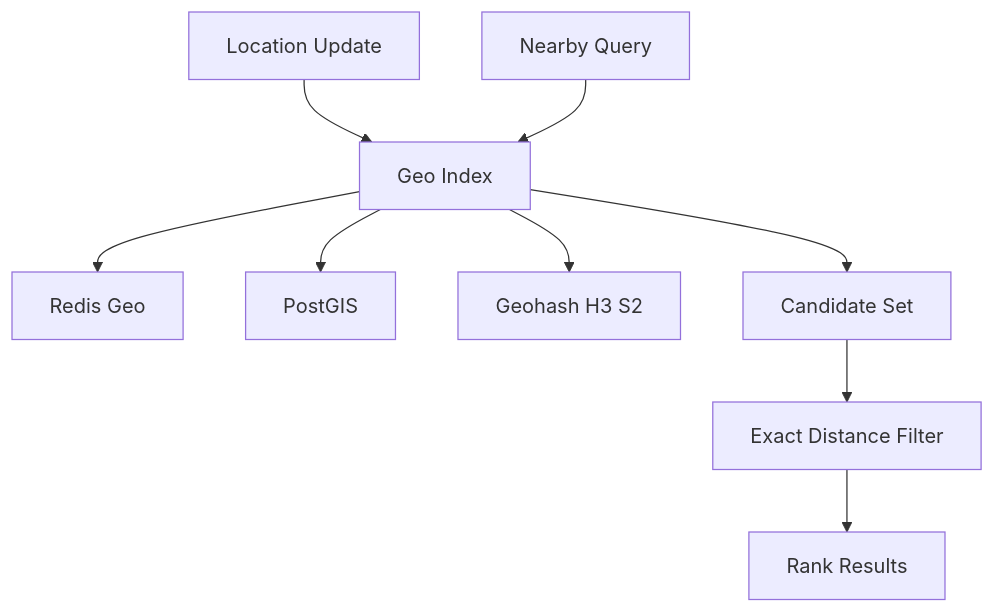
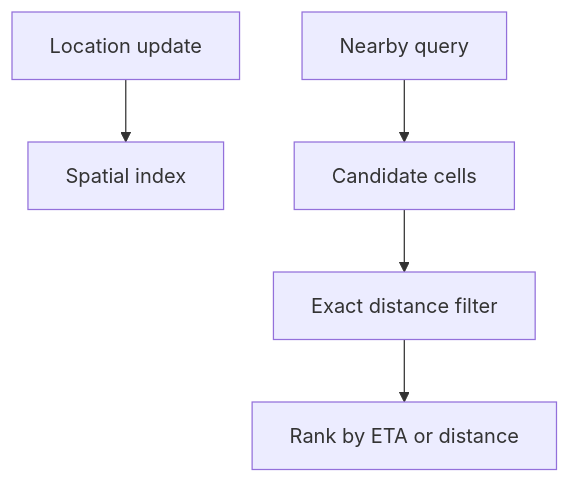
One commit to mthaiseer/springcloud-systemdesign-notes changed the ninth of 16 diagrams in HLD_NOTES/002_TYPES_OF_INTERVIEWS/000_All_types_quick_reference.md. Above: the diagram before and after it, drawn with Mermaid. The commit also changed other lines of this file and 1 other file, not shown here.

````diff
--- a/HLD_NOTES/002_TYPES_OF_INTERVIEWS/000_All_types_quick_reference.md
+++ b/HLD_NOTES/002_TYPES_OF_INTERVIEWS/000_All_types_quick_reference.md
@@ -635,11 +1133,13 @@
 ```mermaid
 flowchart TD
-  A[Location Update] --> B[Geo Index]
-  B --> C[Redis Geo]
-  B --> D[PostGIS]
-  B --> E[Geohash H3 S2]
-  F[Nearby Query] --> B
-  B --> G[Candidate Set]
-  G --> H[Exact Distance Filter]
-  H --> I[Rank Results]
+  A[Location update]
+  B[Spatial index]
+  C[Nearby query]
+  D[Candidate cells]
+  E[Exact distance filter]
+  F[Rank by ETA or distance]
+  A --> B
+  C --> D
+  D --> E
+  E --> F
 ```
````
